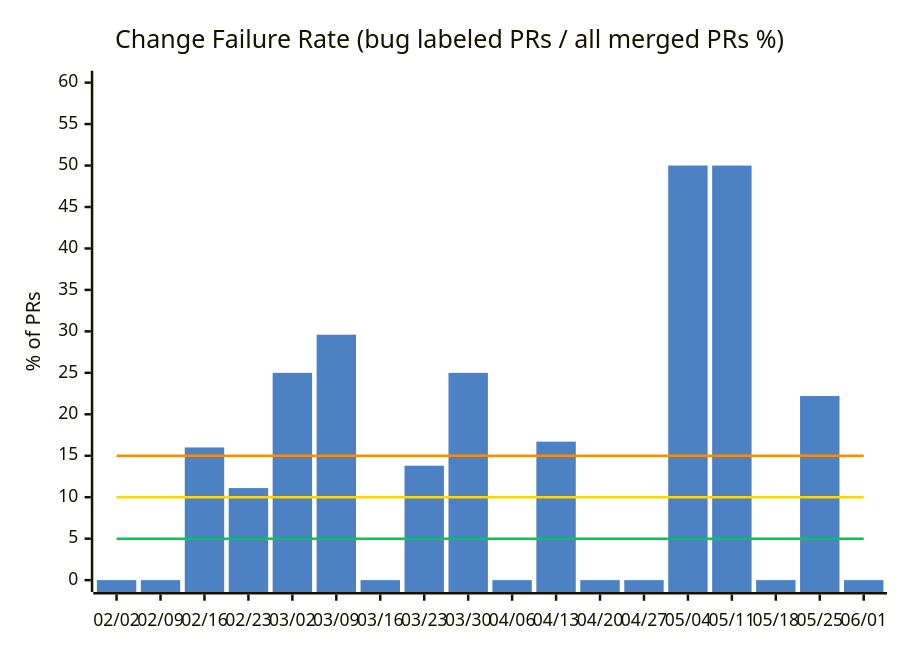
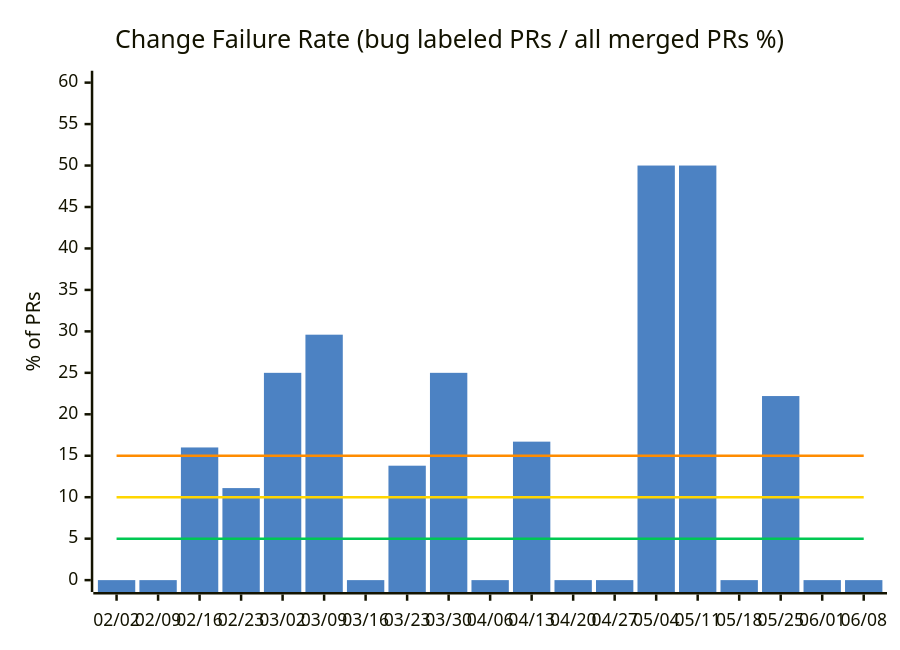
One commit to nablarch/nabledge-dev changed the third of 14 diagrams in docs/metrics.md. Above: the diagram before and after it, drawn with Mermaid. The commit also changed other lines of this file and 2 other files, not shown here.

````diff
--- a/docs/metrics.md
+++ b/docs/metrics.md
@@ -61,11 +61,11 @@
 ```mermaid
 %%{init: {'theme': 'base', 'themeVariables': {'xyChart': {'plotColorPalette': '#4C82C3,#00C853,#FFD600,#FF8C00'}}}}%%
 xychart-beta
   title "Change Failure Rate (bug labeled PRs / all merged PRs %)"
-  x-axis ["02/02", "02/09", "02/16", "02/23", "03/02", "03/09", "03/16", "03/23", "03/30", "04/06", "04/13", "04/20", "04/27", "05/04", "05/11", "05/18", "05/25", "06/01"]
+  x-axis ["02/02", "02/09", "02/16", "02/23", "03/02", "03/09", "03/16", "03/23", "03/30", "04/06", "04/13", "04/20", "04/27", "05/04", "05/11", "05/18", "05/25", "06/01", "06/08"]
   y-axis "% of PRs" 0 --> 60
-  bar [0, 0, 16, 11.1, 25, 29.6, 0, 13.8, 25, 0, 16.7, 0, 0, 50, 50, 0, 22.2, 0]
-  line [5, 5, 5, 5, 5, 5, 5, 5, 5, 5, 5, 5, 5, 5, 5, 5, 5, 5]
-  line [10, 10, 10, 10, 10, 10, 10, 10, 10, 10, 10, 10, 10, 10, 10, 10, 10, 10]
-  line [15, 15, 15, 15, 15, 15, 15, 15, 15, 15, 15, 15, 15, 15, 15, 15, 15, 15]
+  bar [0, 0, 16, 11.1, 25, 29.6, 0, 13.8, 25, 0, 16.7, 0, 0, 50, 50, 0, 22.2, 0, 0]
+  line [5, 5, 5, 5, 5, 5, 5, 5, 5, 5, 5, 5, 5, 5, 5, 5, 5, 5, 5]
+  line [10, 10, 10, 10, 10, 10, 10, 10, 10, 10, 10, 10, 10, 10, 10, 10, 10, 10, 10]
+  line [15, 15, 15, 15, 15, 15, 15, 15, 15, 15, 15, 15, 15, 15, 15, 15, 15, 15, 15]
 ```
````
